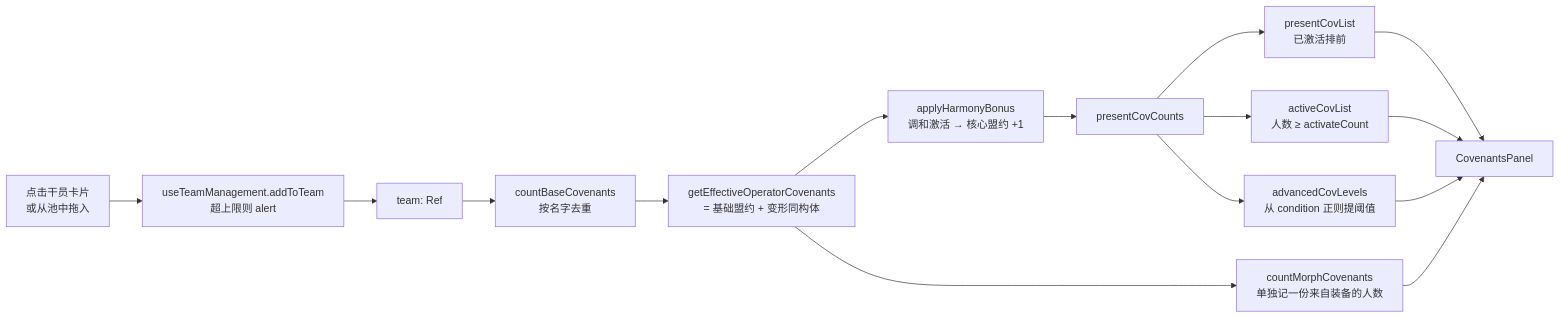
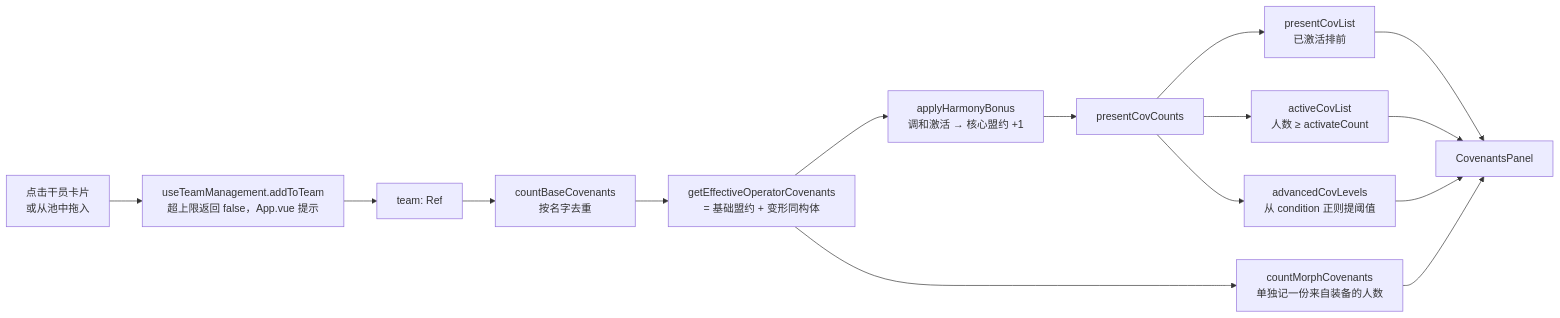
The third of 9 diagrams in architecture/data-flow.md (yeyeye613/Arknights-alliance-tool), drawn with Mermaid before and after one commit. The commit also changed other lines of this file and 7 other files, not shown here.

````diff
--- a/architecture/data-flow.md
+++ b/architecture/data-flow.md
@@ -76,17 +76,17 @@
 ```mermaid
 flowchart LR
-  CLICK["点击干员卡片<br/>或从池中拖入"] --> ADD["useTeamManagement.addToTeam<br/>超上限则 alert"]
+  CLICK["点击干员卡片<br/>或从池中拖入"] --> ADD["useTeamManagement.addToTeam<br/>超上限返回 false，App.vue 提示"]
   ADD --> TEAM["team: Ref<TeamOperator[]>"]
   TEAM --> BASE["countBaseCovenants<br/>按名字去重"]
   BASE --> EFF["getEffectiveOperatorCovenants<br/>= 基础盟约 + 变形同构体"]
   EFF --> MORPH["countMorphCovenants<br/>单独记一份来自装备的人数"]
   EFF --> HARM["applyHarmonyBonus<br/>调和激活 → 核心盟约 +1"]
   HARM --> COUNTS["presentCovCounts"]
   COUNTS --> LIST["presentCovList<br/>已激活排前"]
   COUNTS --> ACTIVE["activeCovList<br/>人数 ≥ activateCount"]
   COUNTS --> ADV["advancedCovLevels<br/>从 condition 正则提阈值"]
   LIST --> UI["CovenantsPanel"]
   ACTIVE --> UI
   ADV --> UI
   MORPH --> UI
 ```
````
